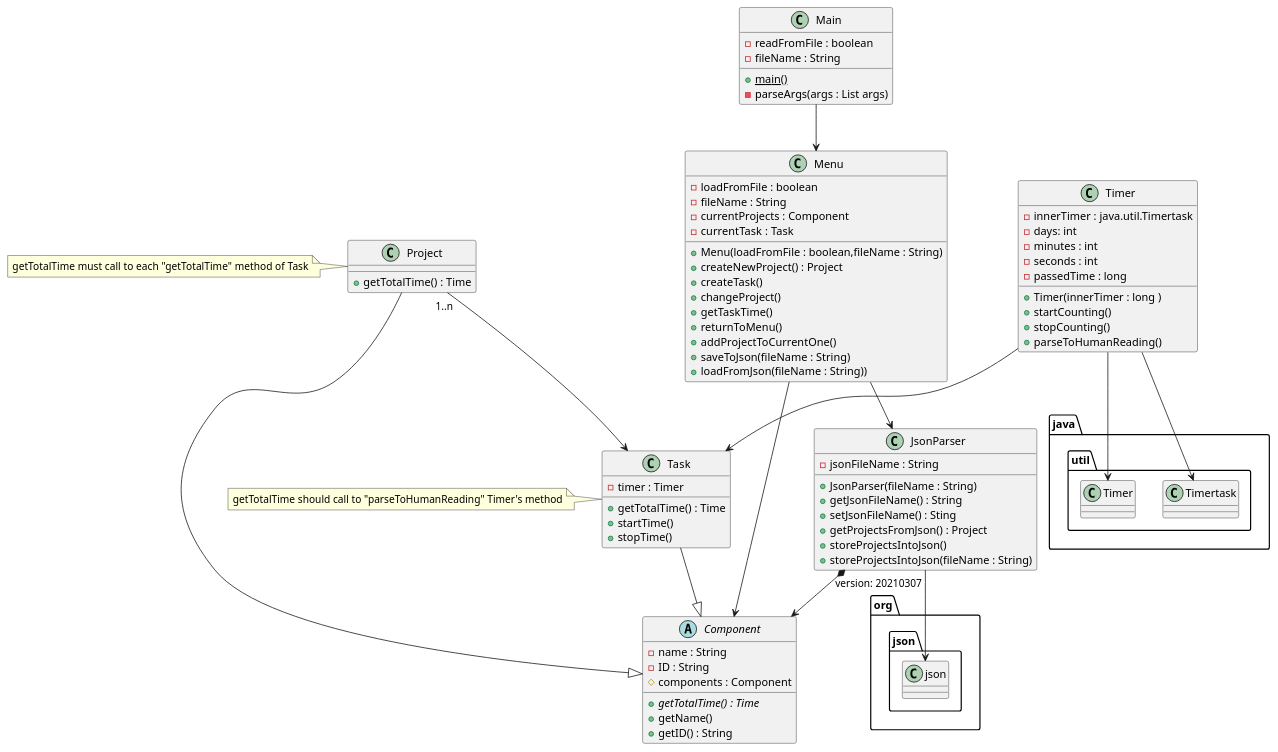
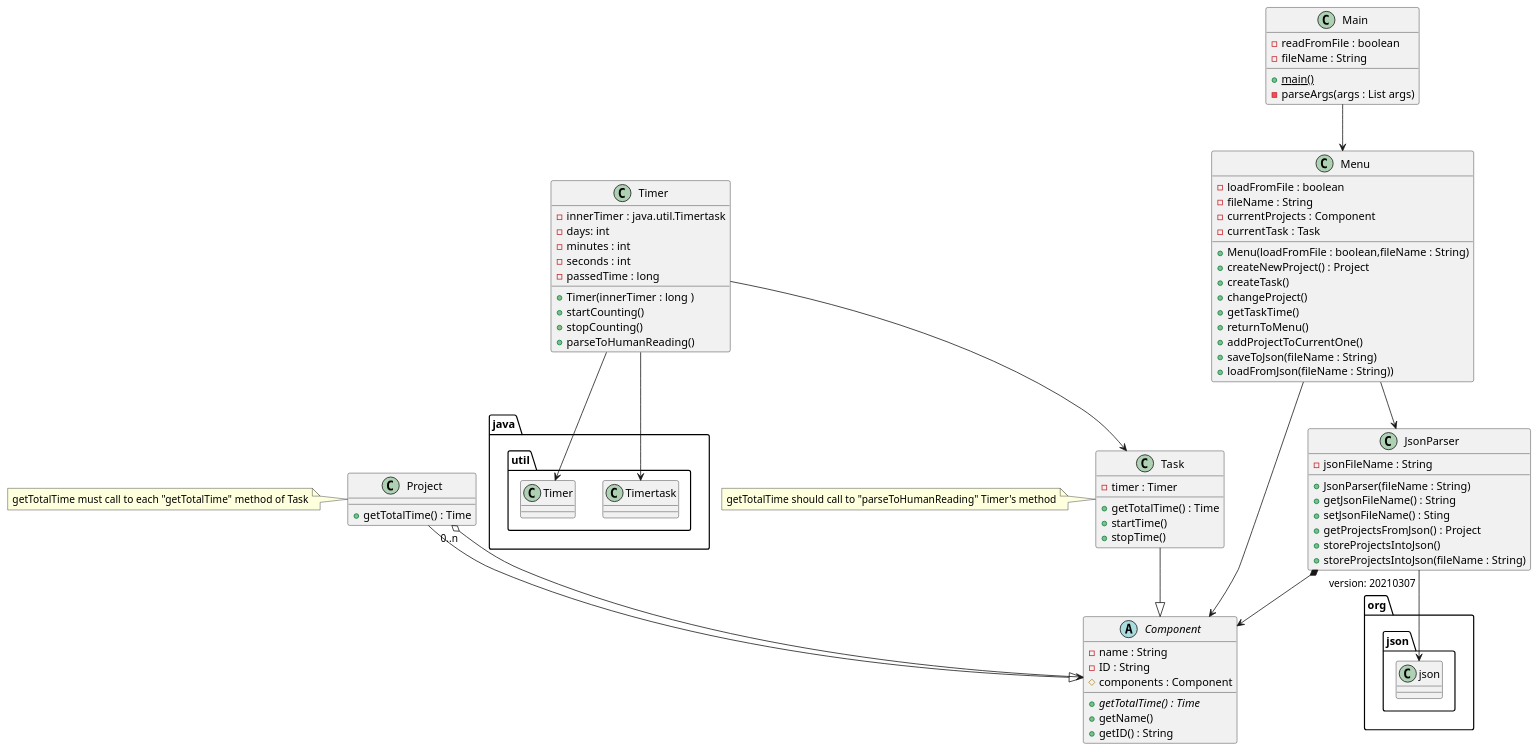
Before and after one commit to gaspar44/time-tracking: the diagram in src/main/resources/design.puml, drawn with PlantUML.

Commit message:
Added new design UMl 1.1

```diff
--- a/src/main/resources/design.puml
+++ b/src/main/resources/design.puml
@@ -1,85 +1,85 @@
 @startuml
 abstract class Component {
     - name : String
     - ID : String
     # components : Component
     + {abstract} getTotalTime() : Time
     + getName()
     + getID() : String
 }
 
 class Project {
     + getTotalTime() : Time
 }
 
 class Task {
     - timer : Timer
     + getTotalTime() : Time
     + startTime()
     + stopTime()
 }
 
 class Timer {
     - innerTimer : java.util.Timertask
     - days: int
     - minutes : int
     - seconds : int
     - passedTime : long
     + Timer(innerTimer : long )
     + startCounting()
     + stopCounting()
     + parseToHumanReading()
 }
 
 class JsonParser {
     - jsonFileName : String
     + JsonParser(fileName : String)
     + getJsonFileName() : String
     + setJsonFileName() : Sting
     + getProjectsFromJson() : Project
     + storeProjectsIntoJson()
     + storeProjectsIntoJson(fileName : String)
 }
 
 class Main {
     - readFromFile : boolean
     - fileName : String
     + {static} main()
     - parseArgs(args : List args)
 }
 
 class Menu {
     - loadFromFile : boolean
     - fileName : String
     - currentProjects : Component
     - currentTask : Task
     + Menu(loadFromFile : boolean,fileName : String)
     + createNewProject() : Project
     + createTask()
     + changeProject()
     + getTaskTime()
     + returnToMenu()
     + addProjectToCurrentOne()
     + saveToJson(fileName : String)
     + loadFromJson(fileName : String))
 }
 
 note left of Project {
     getTotalTime must call to each "getTotalTime" method of Task
 }
 
 note left of Task {
     getTotalTime should call to "parseToHumanReading" Timer's method
 }
 Project --|> Component
 Task --|> Component
 JsonParser "version: 20210307" --> org.json.json
 Timer --> java.util.Timertask
 Timer --> java.util.Timer
 Main --> Menu
 Menu --> JsonParser
 JsonParser *--> Component
-Project "1..n" --> Task
+Project "0..n" o--> Component
 Timer --> Task
 Menu --> Component
 @enduml
```
